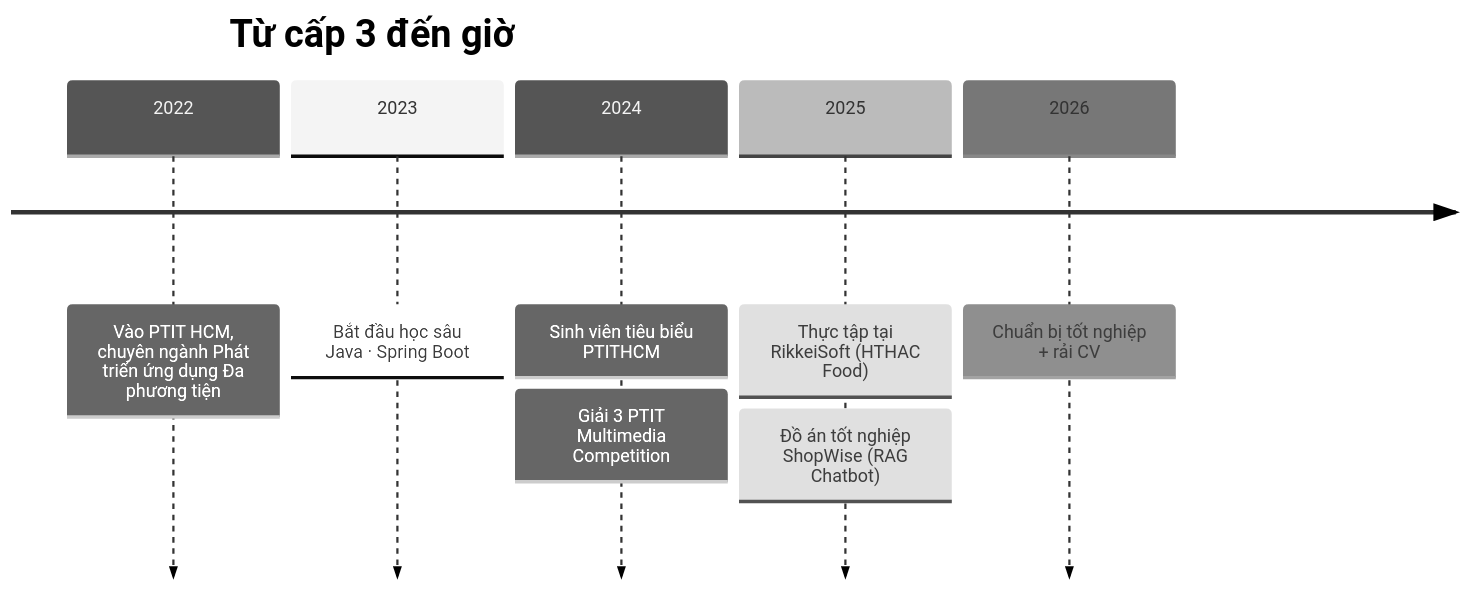
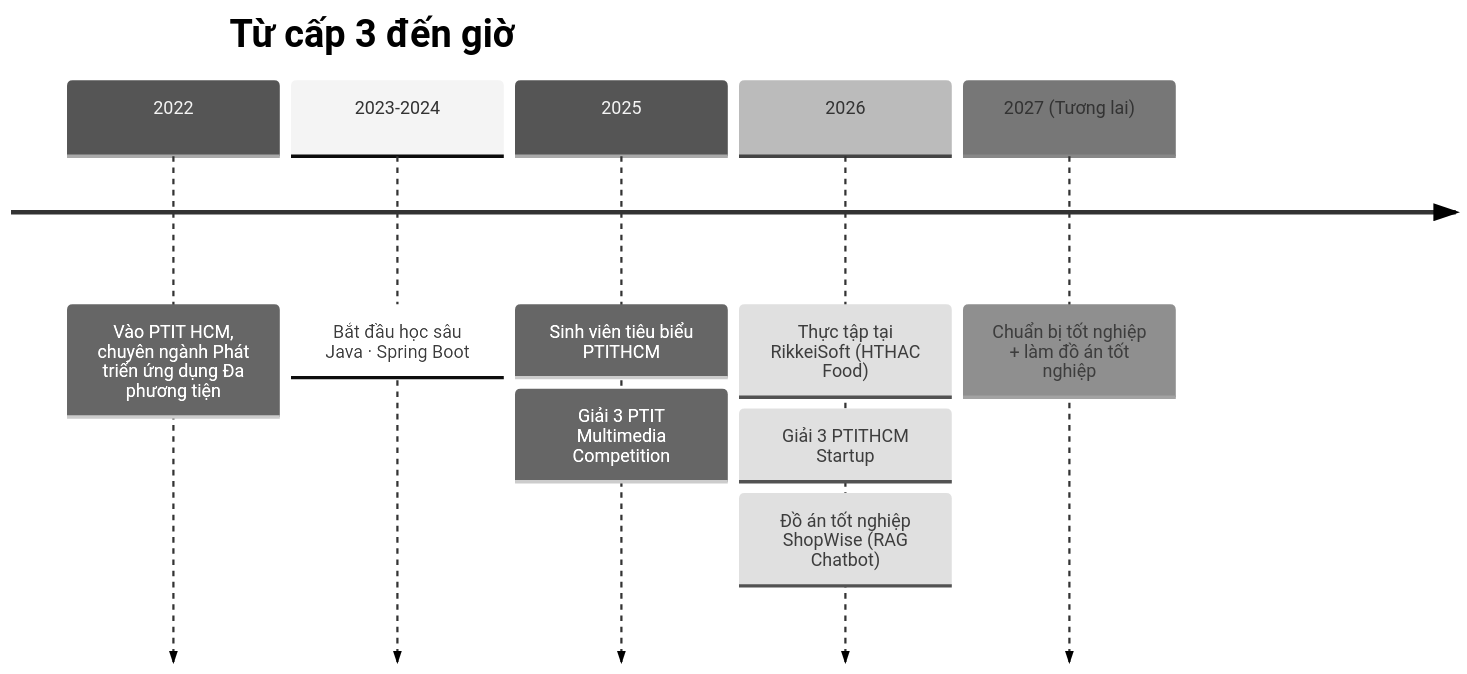
One commit to HaiTrieu186/HaiTrieu186 changed the diagram in README.md. Above: the diagram before and after it, drawn with Mermaid (neutral theme).

Commit message:
update readme v3

````diff
--- a/README.md
+++ b/README.md
@@ -197,11 +197,12 @@
 ```mermaid
 timeline
     title Từ cấp 3 đến giờ
     2022 : Vào PTIT HCM, chuyên ngành Phát triển ứng dụng Đa phương tiện
-    2023 : Bắt đầu học sâu Java · Spring Boot
-    2024 : Sinh viên tiêu biểu PTITHCM
+    2023-2024 : Bắt đầu học sâu Java · Spring Boot
+    2025 : Sinh viên tiêu biểu PTITHCM
          : Giải 3 PTIT Multimedia Competition
-    2025 : Thực tập tại RikkeiSoft (HTHAC Food)
+    2026 : Thực tập tại RikkeiSoft (HTHAC Food)
+         : Giải 3 PTITHCM Startup
          : Đồ án tốt nghiệp ShopWise (RAG Chatbot)
-    2026 : Chuẩn bị tốt nghiệp + rải CV
+    2027 (Tương lai) : Chuẩn bị tốt nghiệp + làm đồ án tốt nghiệp
 ```
````
